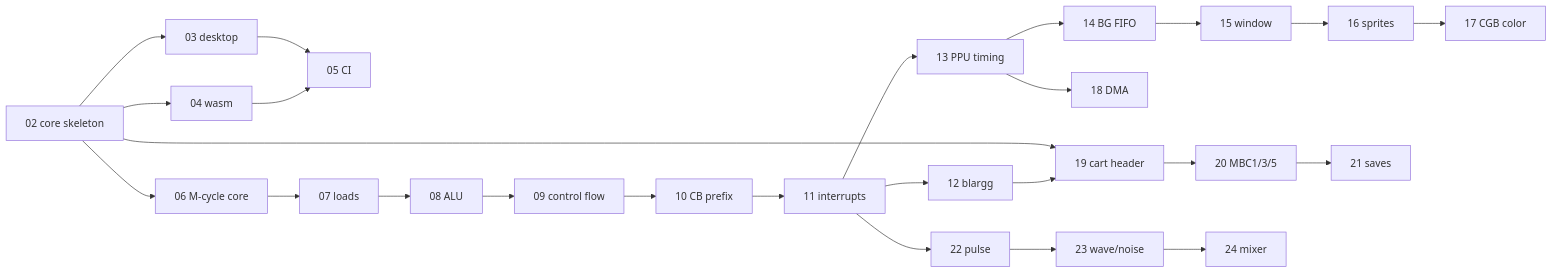
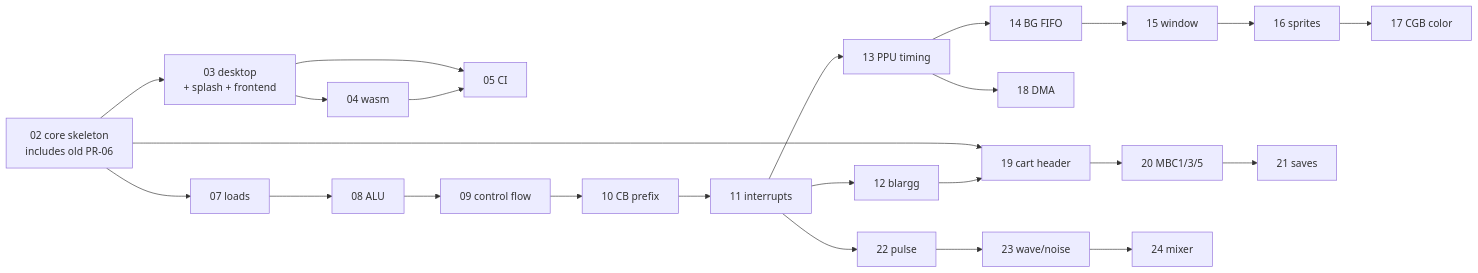
The second of 2 diagrams in docs/roadmap.md (dudustri/rustboy-color), drawn with Mermaid before and after one commit. The commit also changed other lines of this file and 2 other files, not shown here.

````diff
--- a/docs/roadmap.md
+++ b/docs/roadmap.md
@@ -174,14 +189,13 @@
 ```mermaid
 flowchart LR
-    P02["02 core skeleton"] --> P03["03 desktop"]
-    P02 --> P04["04 wasm"]
+    P02["02 core skeleton<br/>includes old PR-06"] --> P03["03 desktop<br/>+ splash + frontend"]
+    P03 --> P04["04 wasm"]
     P03 --> P05["05 CI"]
     P04 --> P05
-    P02 --> P06["06 M-cycle core"]
-    P06 --> P07["07 loads"] --> P08["08 ALU"] --> P09["09 control flow"] --> P10["10 CB prefix"] --> P11["11 interrupts"] --> P12["12 blargg"]
+    P02 --> P07["07 loads"] --> P08["08 ALU"] --> P09["09 control flow"] --> P10["10 CB prefix"] --> P11["11 interrupts"] --> P12["12 blargg"]
     P11 --> P13["13 PPU timing"] --> P14["14 BG FIFO"] --> P15["15 window"] --> P16["16 sprites"] --> P17["17 CGB color"]
     P13 --> P18["18 DMA"]
     P02 --> P19["19 cart header"] --> P20["20 MBC1/3/5"] --> P21["21 saves"]
     P12 --> P19
     P11 --> P22["22 pulse"] --> P23["23 wave/noise"] --> P24["24 mixer"]
 ```
````
